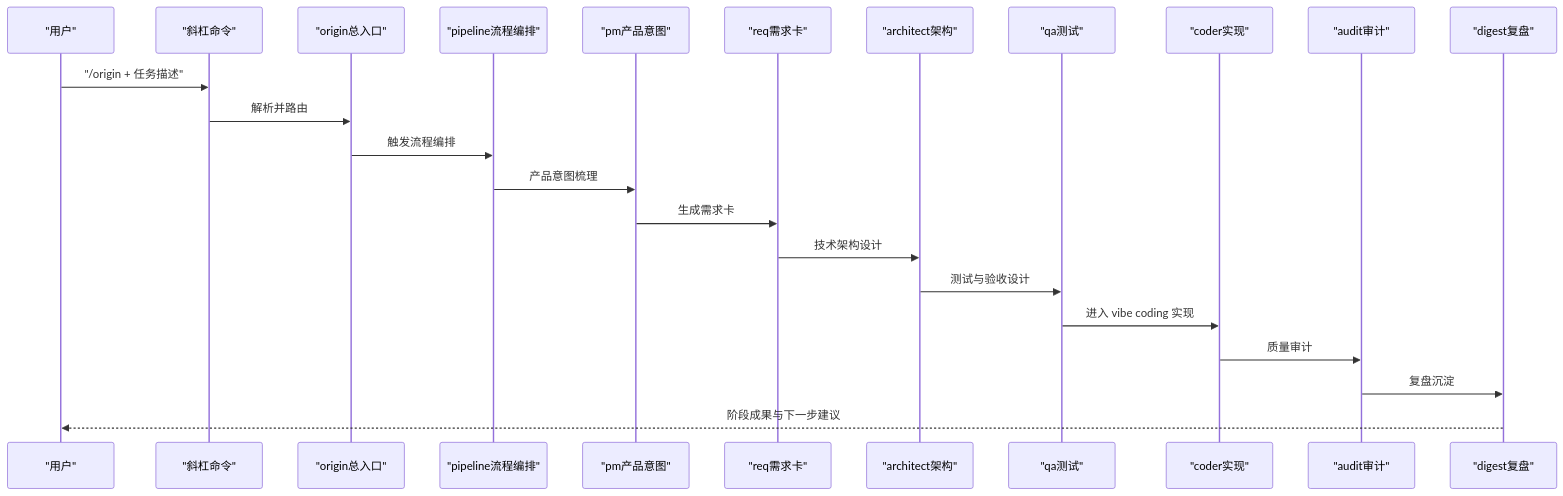
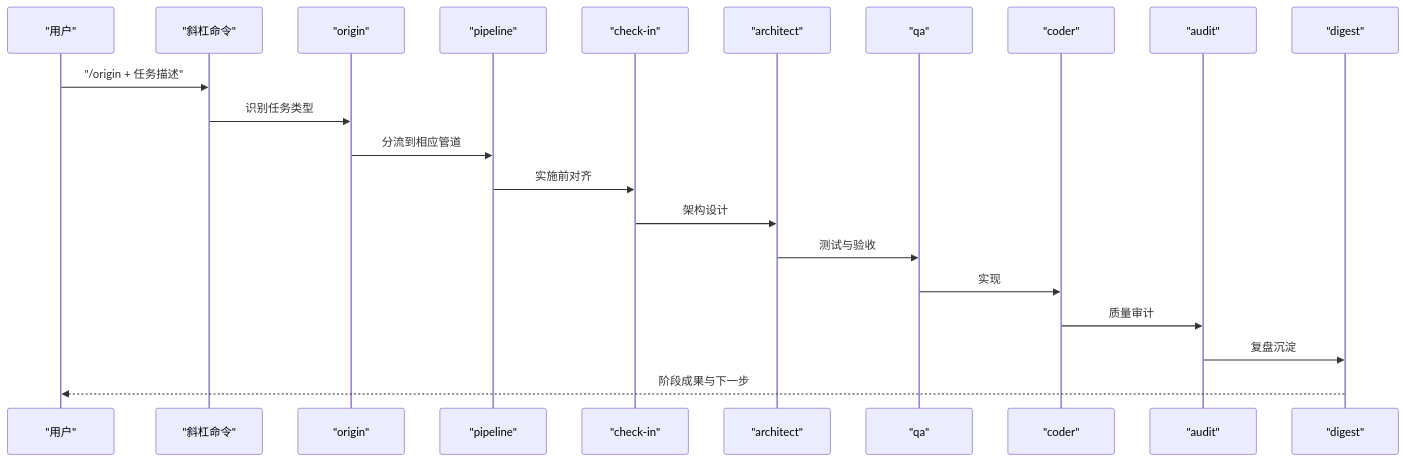
Before and after one commit to CryptoLinxu/Web3-AI-Agent: the third of 6 diagrams in .qoder/repowiki/zh/content/快速开始.md, drawn with Mermaid. The commit also changed other lines of this file and 15 other files, not shown here.

````diff
--- a/.qoder/repowiki/zh/content/快速开始.md
+++ b/.qoder/repowiki/zh/content/快速开始.md
@@ -135,25 +150,23 @@
 ```mermaid
 sequenceDiagram
 participant U as "用户"
 participant CMD as "斜杠命令"
-participant ORG as "origin总入口"
-participant PIPE as "pipeline流程编排"
-participant PM as "pm产品意图"
-participant REQ as "req需求卡"
-participant ARCH as "architect架构"
-participant QA as "qa测试"
-participant CODER as "coder实现"
-participant AUDIT as "audit审计"
-participant DIGEST as "digest复盘"
+participant ORG as "origin"
+participant PIPE as "pipeline"
+participant CHECKIN as "check-in"
+participant ARCH as "architect"
+participant QA as "qa"
+participant CODER as "coder"
+participant AUDIT as "audit"
+participant DIGEST as "digest"
 U->>CMD : "/origin + 任务描述"
-CMD->>ORG : 解析并路由
-ORG->>PIPE : 触发流程编排
-PIPE->>PM : 产品意图梳理
-PM->>REQ : 生成需求卡
-REQ->>ARCH : 技术架构设计
-ARCH->>QA : 测试与验收设计
-QA->>CODER : 进入 vibe coding 实现
+CMD->>ORG : 识别任务类型
+ORG->>PIPE : 分流到相应管道
+PIPE->>CHECKIN : 实施前对齐
+CHECKIN->>ARCH : 架构设计
+ARCH->>QA : 测试与验收
+QA->>CODER : 实现
 CODER->>AUDIT : 质量审计
 AUDIT->>DIGEST : 复盘沉淀
-DIGEST-->>U : 阶段成果与下一步建议
+DIGEST-->>U : 阶段成果与下一步
 ```
````
